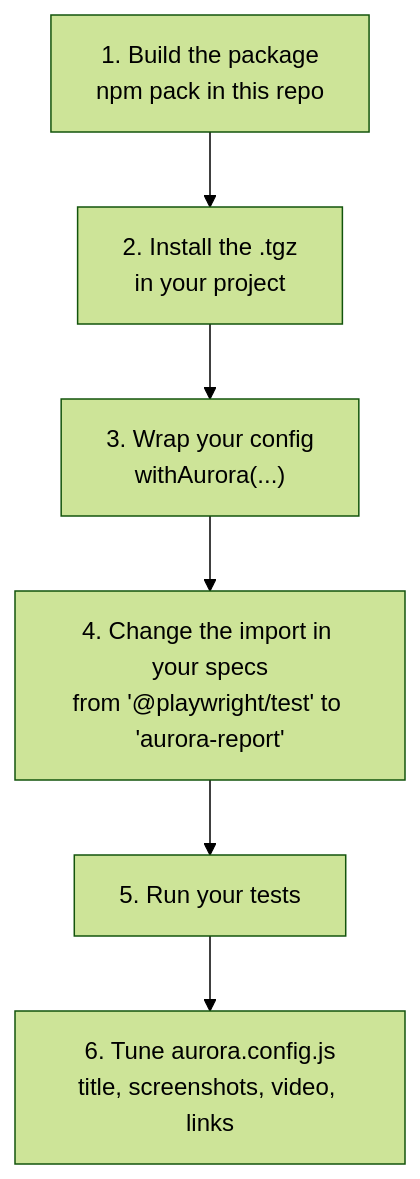
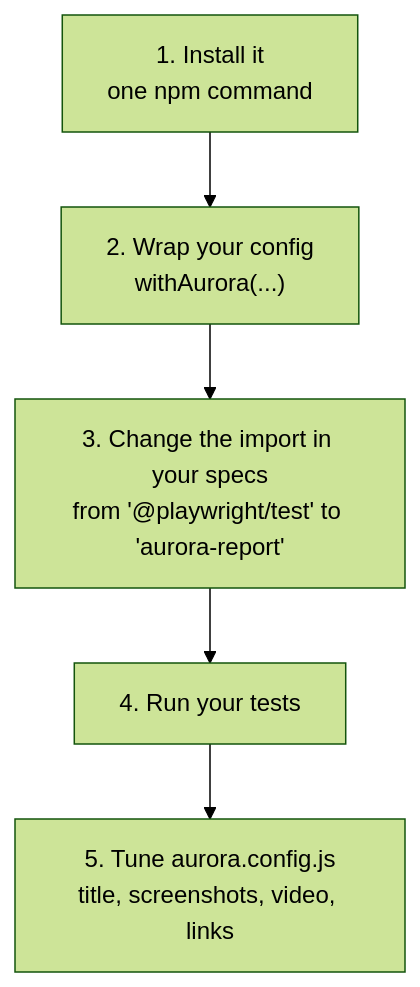
Before and after one commit to chinnu-82/chinnu_report: the ninth of 10 diagrams in docs/TUTORIAL.md, drawn with Mermaid (forest theme). The commit also changed other lines of this file and 1 other file, not shown here.

First line of the commit message:
Document how to install Aurora in another project

````diff
--- a/docs/TUTORIAL.md
+++ b/docs/TUTORIAL.md
@@ -466,8 +466,7 @@
 ```mermaid
 flowchart TD
-    A["1. Build the package<br/>npm pack in this repo"] --> B["2. Install the .tgz<br/>in your project"]
-    B --> C["3. Wrap your config<br/>withAurora(...)"]
-    C --> D["4. Change the import in your specs<br/>from '@playwright/test' to 'aurora-report'"]
-    D --> E["5. Run your tests"]
-    E --> F["6. Tune aurora.config.js<br/>title, screenshots, video, links"]
+    A["1. Install it<br/>one npm command"] --> B["2. Wrap your config<br/>withAurora(...)"]
+    B --> C["3. Change the import in your specs<br/>from '@playwright/test' to 'aurora-report'"]
+    C --> D["4. Run your tests"]
+    D --> E["5. Tune aurora.config.js<br/>title, screenshots, video, links"]
 ```
````
